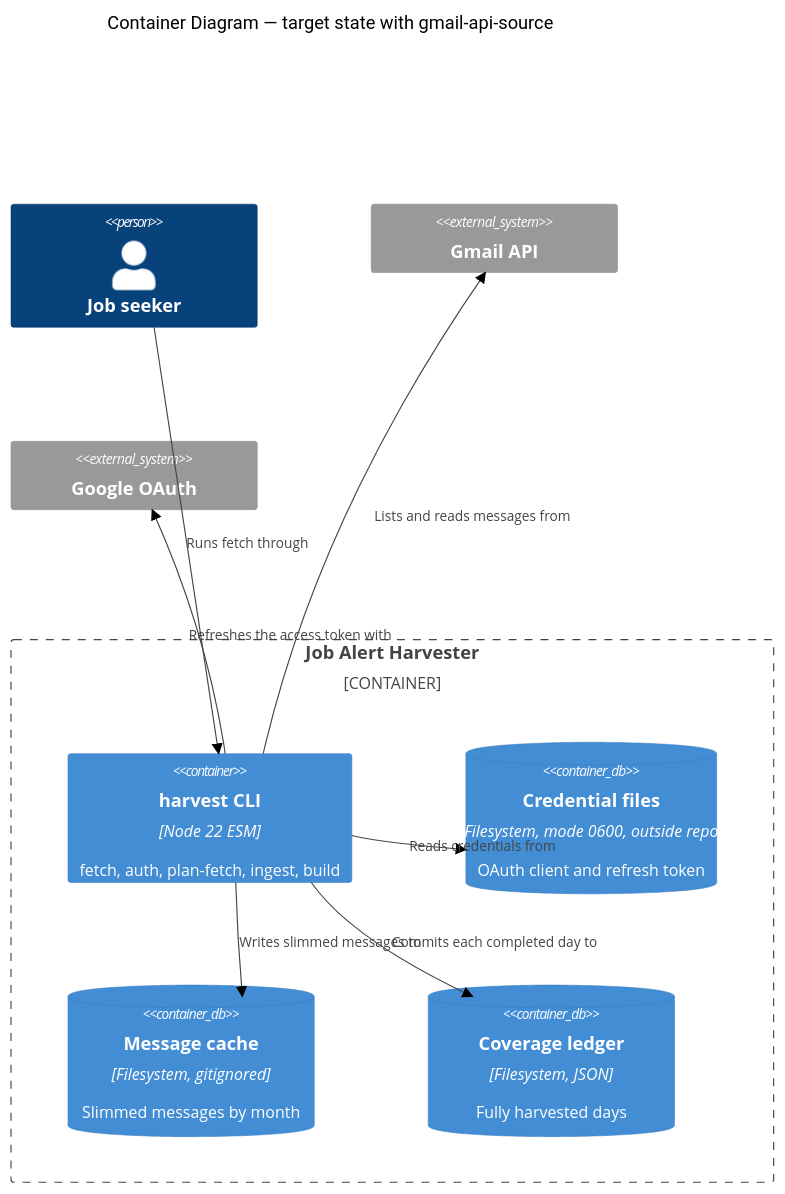
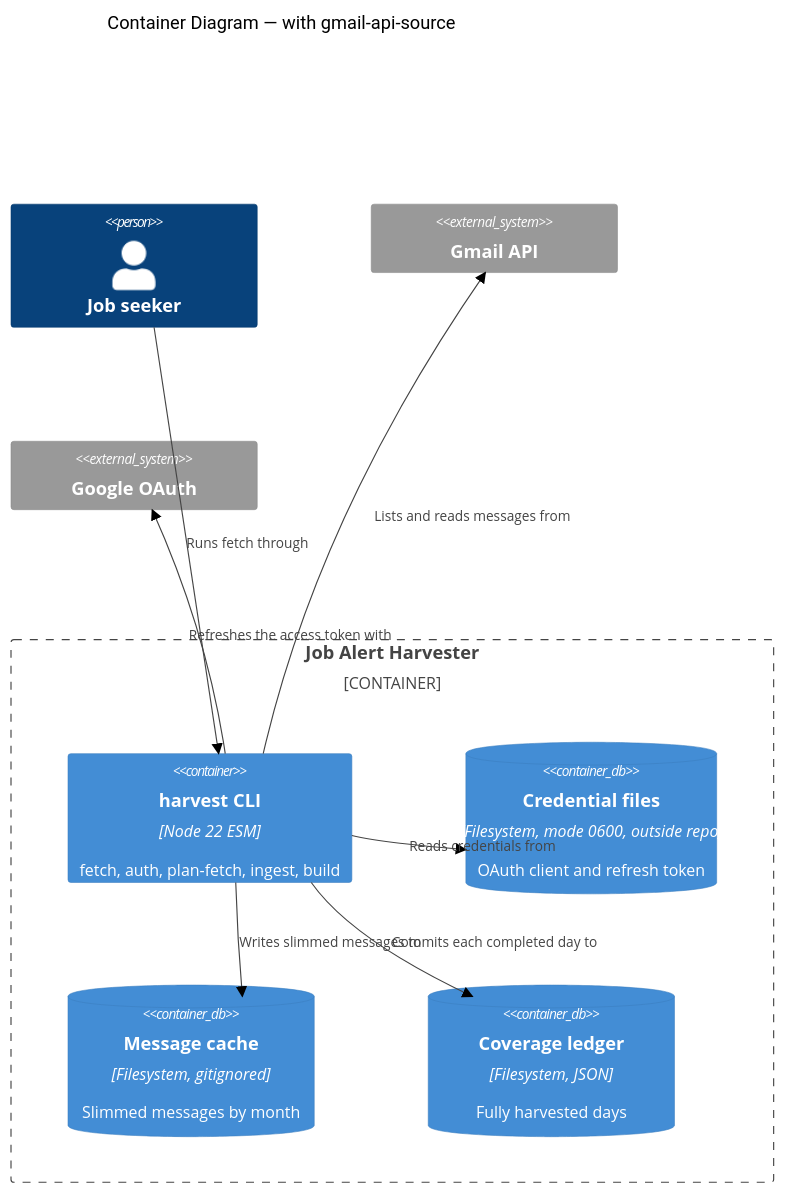
The third of 3 diagrams in docs/product/architecture/brief.md (danjmfox/job-alert-harvester), drawn with Mermaid (forest theme) before and after one commit. The commit also changed other lines of this file and 4 other files, not shown here.

Commit message:
docs(gmail-api-source): archive the feature to docs/evolution

````diff
--- a/docs/product/architecture/brief.md
+++ b/docs/product/architecture/brief.md
@@ -251,22 +252,22 @@
 ```mermaid
 C4Container
-  title Container Diagram — target state with gmail-api-source
+  title Container Diagram — with gmail-api-source
 
   Person(dan, "Job seeker")
   System_Ext(gmail, "Gmail API")
   System_Ext(oauth, "Google OAuth")
 
   Container_Boundary(sys, "Job Alert Harvester") {
     Container(cli, "harvest CLI", "Node 22 ESM", "fetch, auth, plan-fetch, ingest, build")
     ContainerDb(creds, "Credential files", "Filesystem, mode 0600, outside repo", "OAuth client and refresh token")
     ContainerDb(cache, "Message cache", "Filesystem, gitignored", "Slimmed messages by month")
     ContainerDb(ledger, "Coverage ledger", "Filesystem, JSON", "Fully harvested days")
   }
 
   Rel(dan, cli, "Runs fetch through")
   Rel(cli, creds, "Reads credentials from")
   Rel(cli, oauth, "Refreshes the access token with")
   Rel(cli, gmail, "Lists and reads messages from")
   Rel(cli, cache, "Writes slimmed messages to")
   Rel(cli, ledger, "Commits each completed day to")
 ```
````
